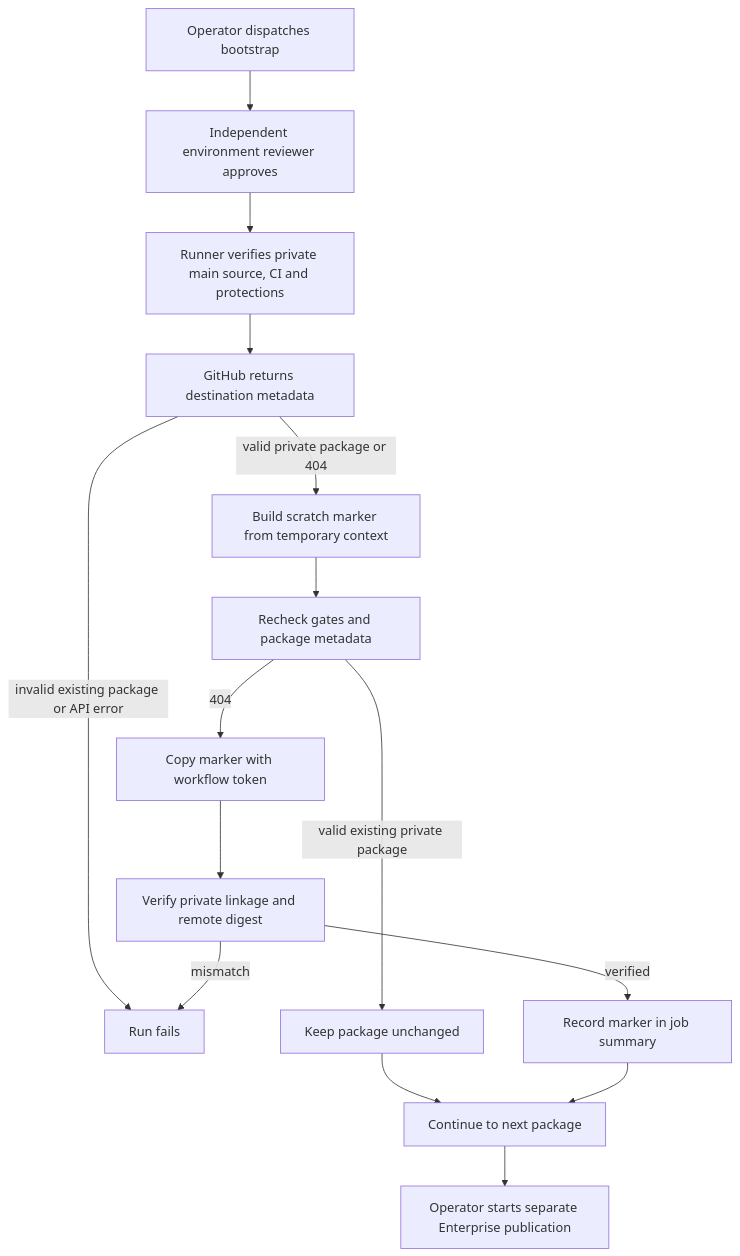
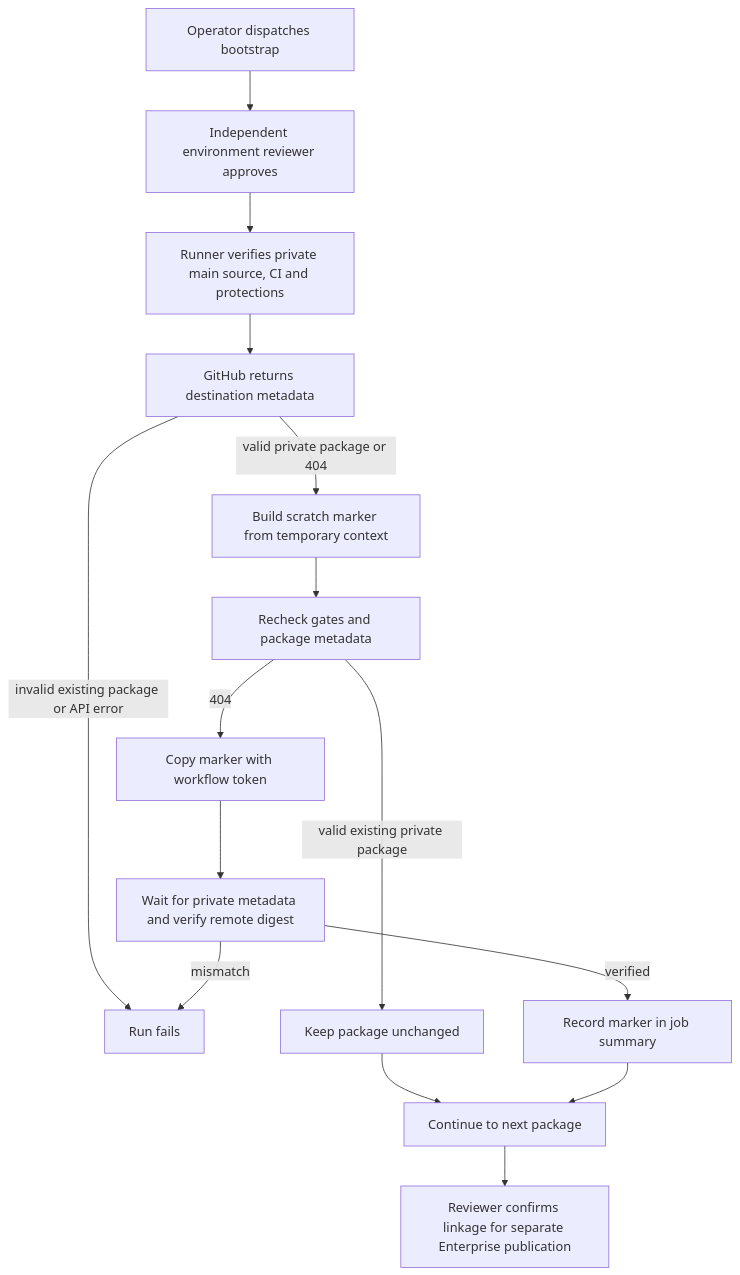
Before and after one commit to openclaw/openclaw-enterprise: the diagram in docs/flows/container-package-bootstrap.md, drawn with Mermaid. The commit also changed other lines of this file and 8 other files, not shown here.

````diff
--- a/docs/flows/container-package-bootstrap.md
+++ b/docs/flows/container-package-bootstrap.md
@@ -26,17 +26,17 @@
 ```mermaid
 graph TD
   A["Operator dispatches bootstrap"] --> B["Independent environment reviewer approves"]
   B --> C["Runner verifies private main source, CI and protections"]
   C --> D["GitHub returns destination metadata"]
   D -->|invalid existing package or API error| X["Run fails"]
   D -->|valid private package or 404| E["Build scratch marker from temporary context"]
   E --> F["Recheck gates and package metadata"]
   F -->|valid existing private package| G["Keep package unchanged"]
   F -->|404| H["Copy marker with workflow token"]
-  H --> I["Verify private linkage and remote digest"]
+  H --> I["Wait for private metadata and verify remote digest"]
   I -->|mismatch| X
   I -->|verified| J["Record marker in job summary"]
   G --> K["Continue to next package"]
   J --> K
-  K --> L["Operator starts separate Enterprise publication"]
+  K --> L["Reviewer confirms linkage for separate Enterprise publication"]
 ```
````
